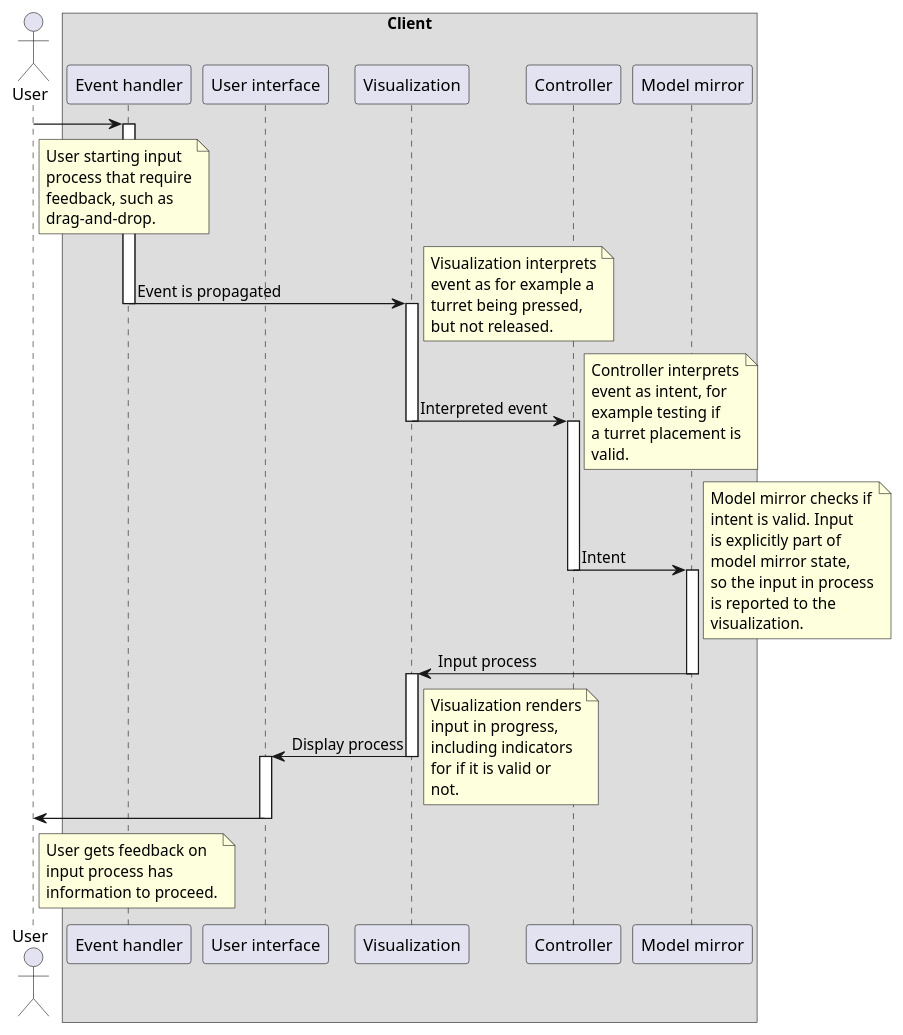
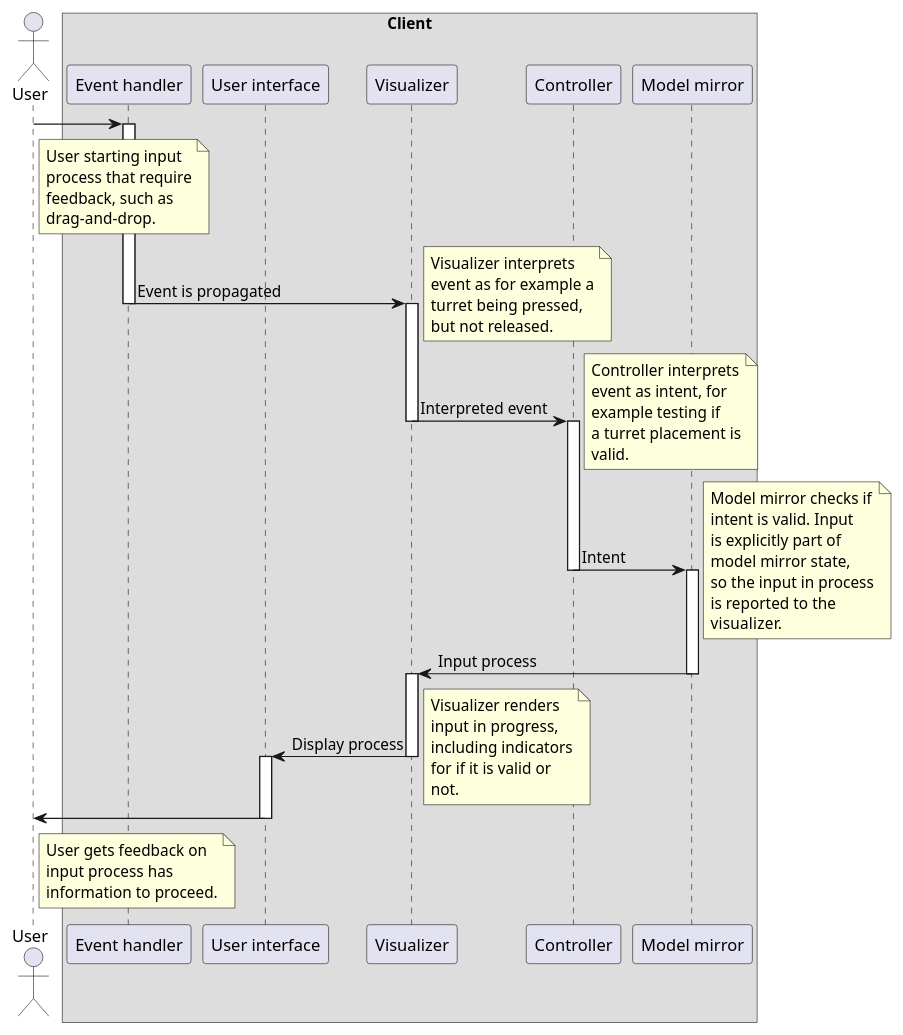
One commit to SWA-group-1/PlantUML changed the diagram in Process/Sequence/InputFeedback.puml. Above: the diagram before and after it, drawn with PlantUML. The commit also changed 9 other files, not shown here.

Commit message:
Rename visualization to visualizer. #6

```diff
--- a/Process/Sequence/InputFeedback.puml
+++ b/Process/Sequence/InputFeedback.puml
@@ -1,80 +1,80 @@
 @startuml
 'https://plantuml.com/sequence-diagram
 
 actor "User" as user
 box "Client"
     participant "Event handler" as event
     participant "User interface" as ui
-    participant "Visualization" as visualization
+    participant "Visualizer" as visualizer
     participant "Controller" as controller
     participant "Model mirror" as mirror
 end box
 
 user -> event
 note right of user
     User starting input
     process that require
     feedback, such as
     drag-and-drop.
 end note
 
 activate event
-event -> visualization : Event is propagated
+event -> visualizer : Event is propagated
 deactivate event
 
-activate visualization
+activate visualizer
 note right
-    Visualization interprets
+    Visualizer interprets
     event as for example a
     turret being pressed,
     but not released.
 end note
-visualization -> controller : Interpreted event
-deactivate visualization
+visualizer -> controller : Interpreted event
+deactivate visualizer
 
 activate controller
 note right
     Controller interprets
     event as intent, for
     example testing if
     a turret placement is
     valid.
 end note
 controller -> mirror : Intent
 deactivate controller
 
 activate mirror
 note right
     Model mirror checks if
     intent is valid. Input
     is explicitly part of
     model mirror state,
     so the input in process
     is reported to the
-    visualization.
+    visualizer.
 end note
-mirror -> visualization : Input process
+mirror -> visualizer : Input process
 deactivate mirror
 
-activate visualization
-visualization -> ui : Display process
+activate visualizer
+visualizer -> ui : Display process
 note right
-    Visualization renders
+    Visualizer renders
     input in progress,
     including indicators
     for if it is valid or
     not.
 end note
-deactivate visualization
+deactivate visualizer
 
 activate ui
 ui -> user
 deactivate ui
 
 note right of user
     User gets feedback on
     input process has
     information to proceed.
 end note
 
 @enduml
```
